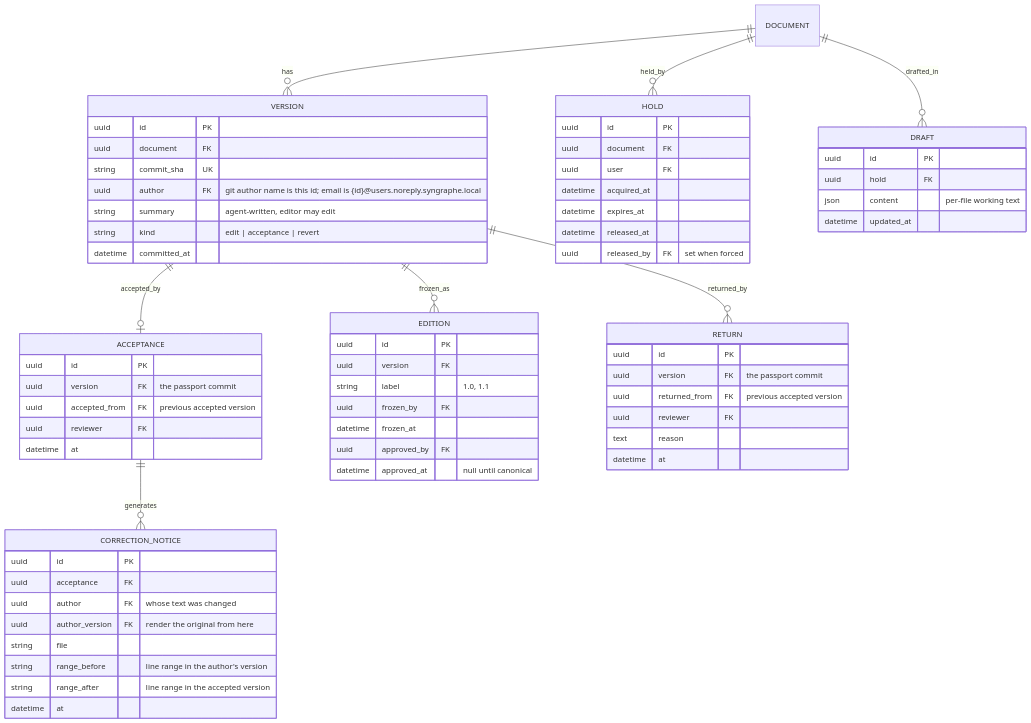
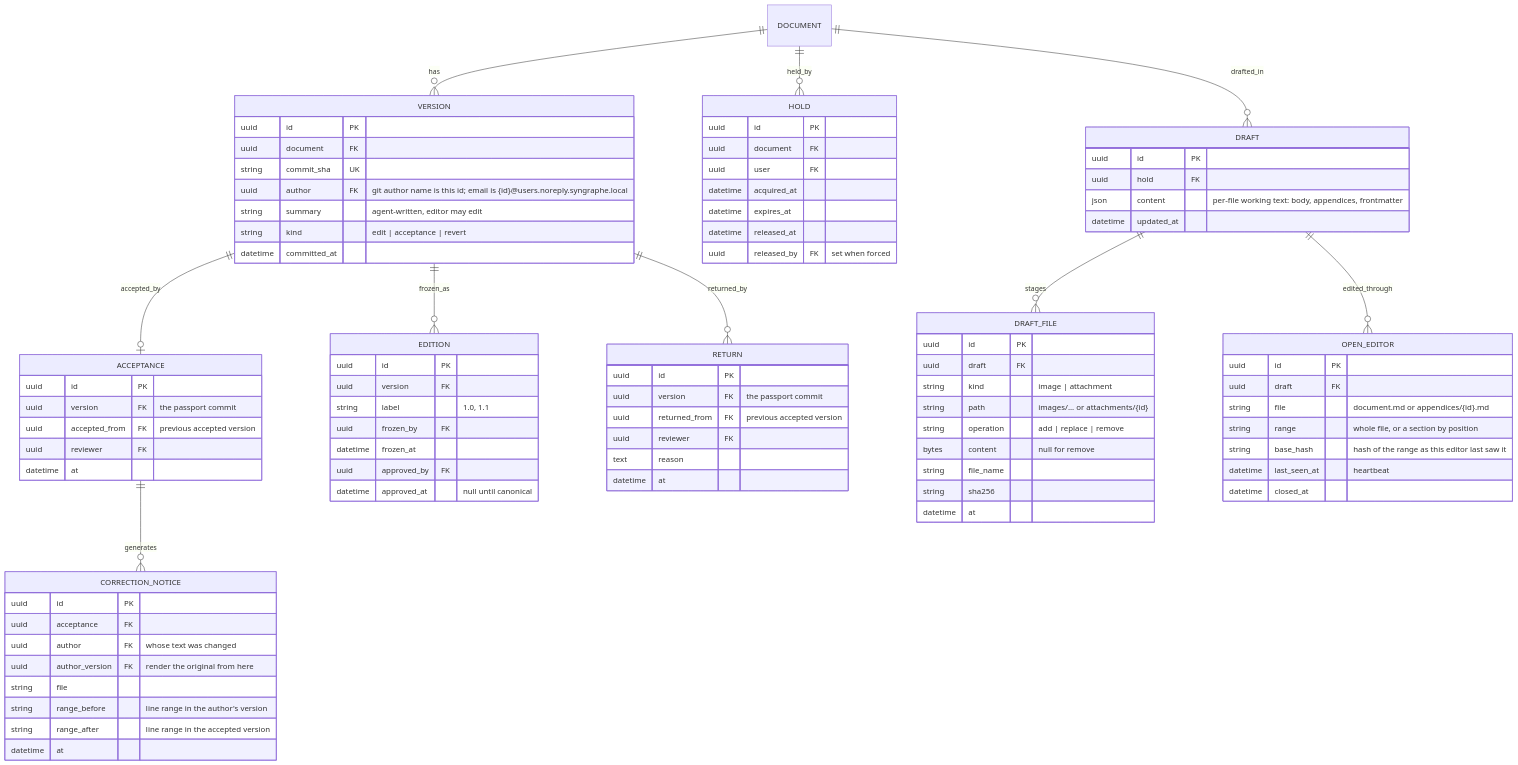
Before and after one commit to Oleksii-Zagorskyi/syngraphe: the third of 5 diagrams in docs/data-model.md, drawn with Mermaid. The commit also changed other lines of this file and 16 other files, not shown here.

First line of the commit message:
document shape: appendices, attachments, section editing (DL-0164–DL-0180)

````diff
--- a/docs/data-model.md
+++ b/docs/data-model.md
@@ -251,7 +261,29 @@
     DRAFT {
         uuid id PK
         uuid hold FK
-        json content "per-file working text"
+        json content "per-file working text: body, appendices, frontmatter"
         datetime updated_at
     }
+    DRAFT ||--o{ DRAFT_FILE : stages
+    DRAFT_FILE {
+        uuid id PK
+        uuid draft FK
+        string kind "image | attachment"
+        string path "images/... or attachments/{id}"
+        string operation "add | replace | remove"
+        bytes content "null for remove"
+        string file_name
+        string sha256
+        datetime at
+    }
+    DRAFT ||--o{ OPEN_EDITOR : edited_through
+    OPEN_EDITOR {
+        uuid id PK
+        uuid draft FK
+        string file "document.md or appendices/{id}.md"
+        string range "whole file, or a section by position"
+        string base_hash "hash of the range as this editor last saw it"
+        datetime last_seen_at "heartbeat"
+        datetime closed_at
+    }
 ```
````
